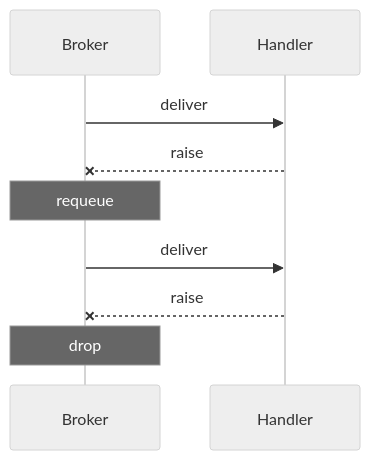
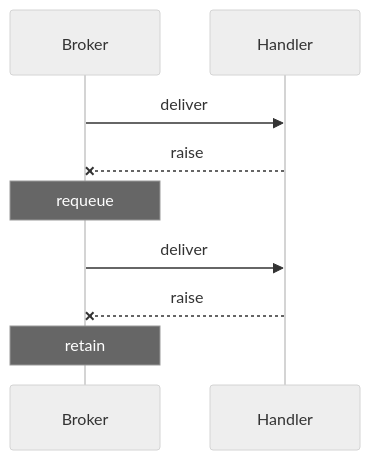
Before and after one commit to kontiki-org/kontiki: the seventh of 7 diagrams in docs/advanced-features.md, drawn with Mermaid (neutral theme). The commit also changed other lines of this file and 11 other files, not shown here.

````diff
--- a/docs/advanced-features.md
+++ b/docs/advanced-features.md
@@ -750,11 +751,11 @@
 ```mermaid
 sequenceDiagram
   participant B as Broker
   participant H as Handler
   B->>H: deliver #1
   H--xB: raise
   Note over B: requeue
   B->>H: deliver #N (limit)
   H--xB: raise
-  Note over B: drop
+  Note over B: retain
 ```
````
